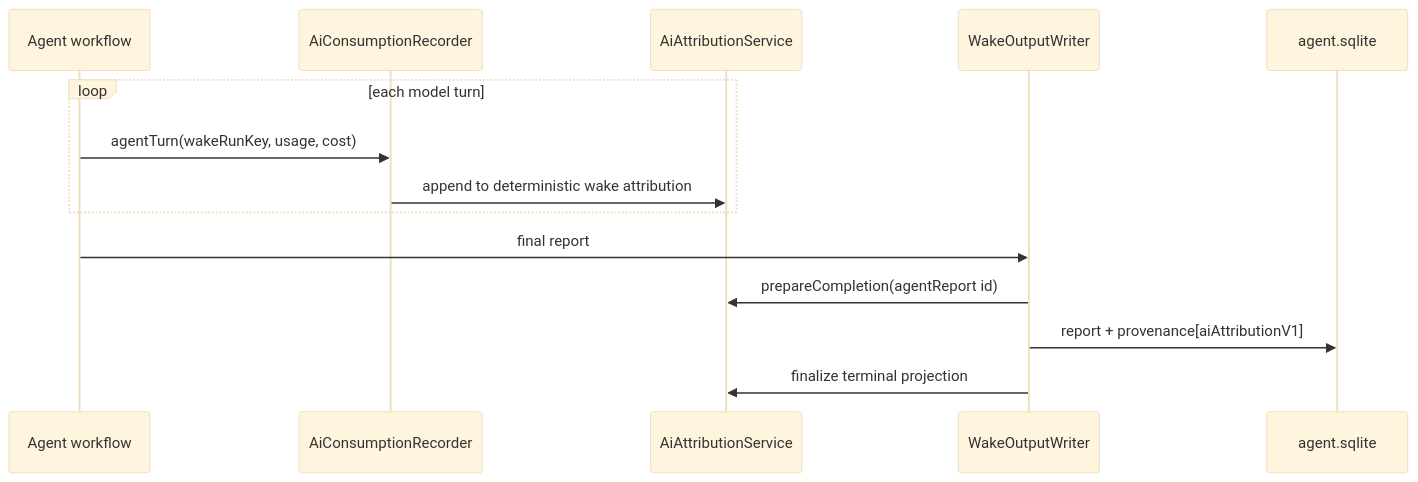
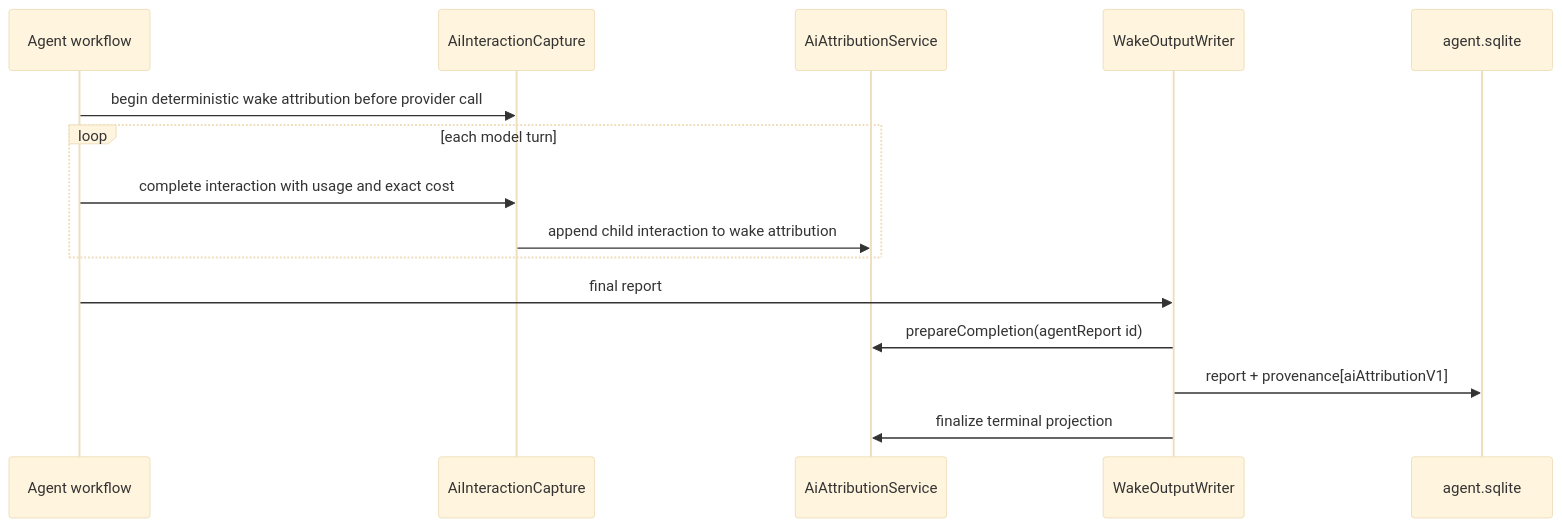
One commit to matthiasn/lotti changed the second of 24 diagrams in lib/features/agents/README.md. Above: the diagram before and after it, drawn with Mermaid (base theme). The commit also changed other lines of this file and 71 other files, not shown here.

````diff
--- a/lib/features/agents/README.md
+++ b/lib/features/agents/README.md
@@ -133,16 +137,17 @@
 ```mermaid
 sequenceDiagram
   participant Wake as Agent workflow
-  participant Recorder as AiConsumptionRecorder
+  participant Capture as AiInteractionCapture
   participant Attr as AiAttributionService
   participant Writer as WakeOutputWriter
   participant AgentDb as agent.sqlite
+  Wake->>Capture: begin deterministic wake attribution before provider call
   loop each model turn
-    Wake->>Recorder: agentTurn(wakeRunKey, usage, cost)
-    Recorder->>Attr: append to deterministic wake attribution
+    Wake->>Capture: complete interaction with usage and exact cost
+    Capture->>Attr: append child interaction to wake attribution
   end
   Wake->>Writer: final report
   Writer->>Attr: prepareCompletion(agentReport id)
   Writer->>AgentDb: report + provenance[aiAttributionV1]
   Writer->>Attr: finalize terminal projection
 ```
````
